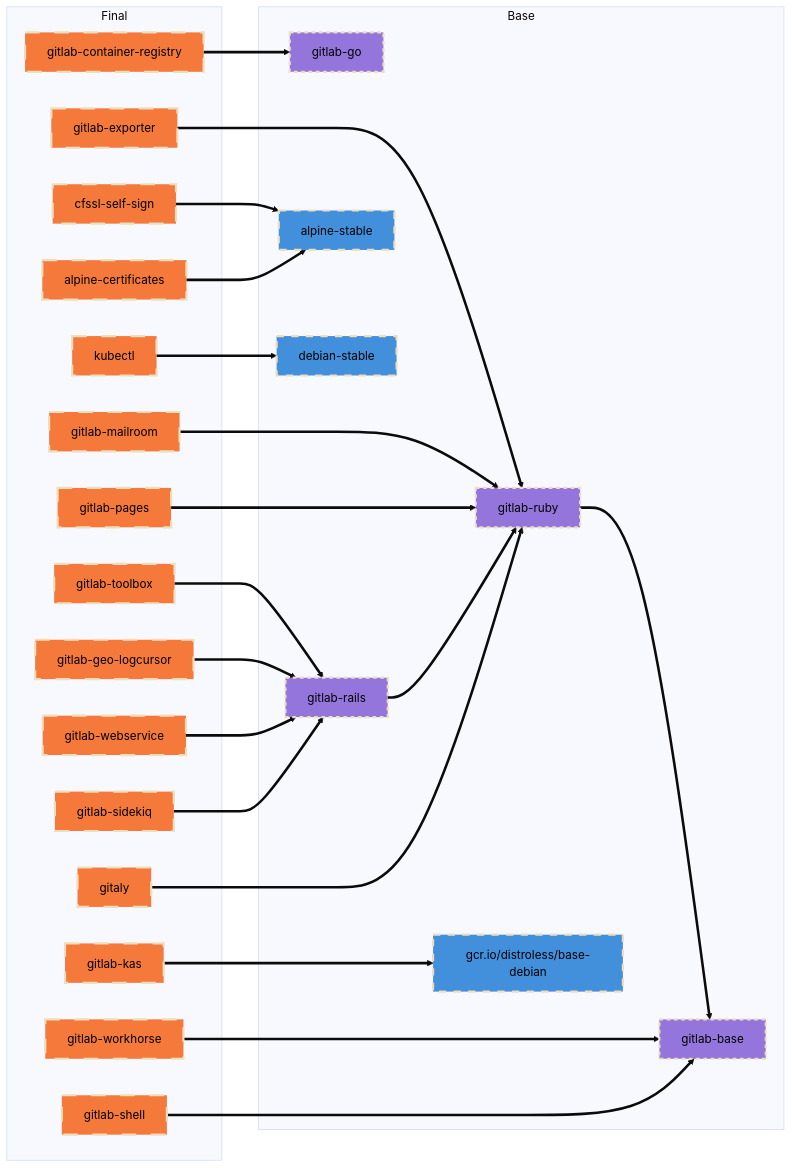
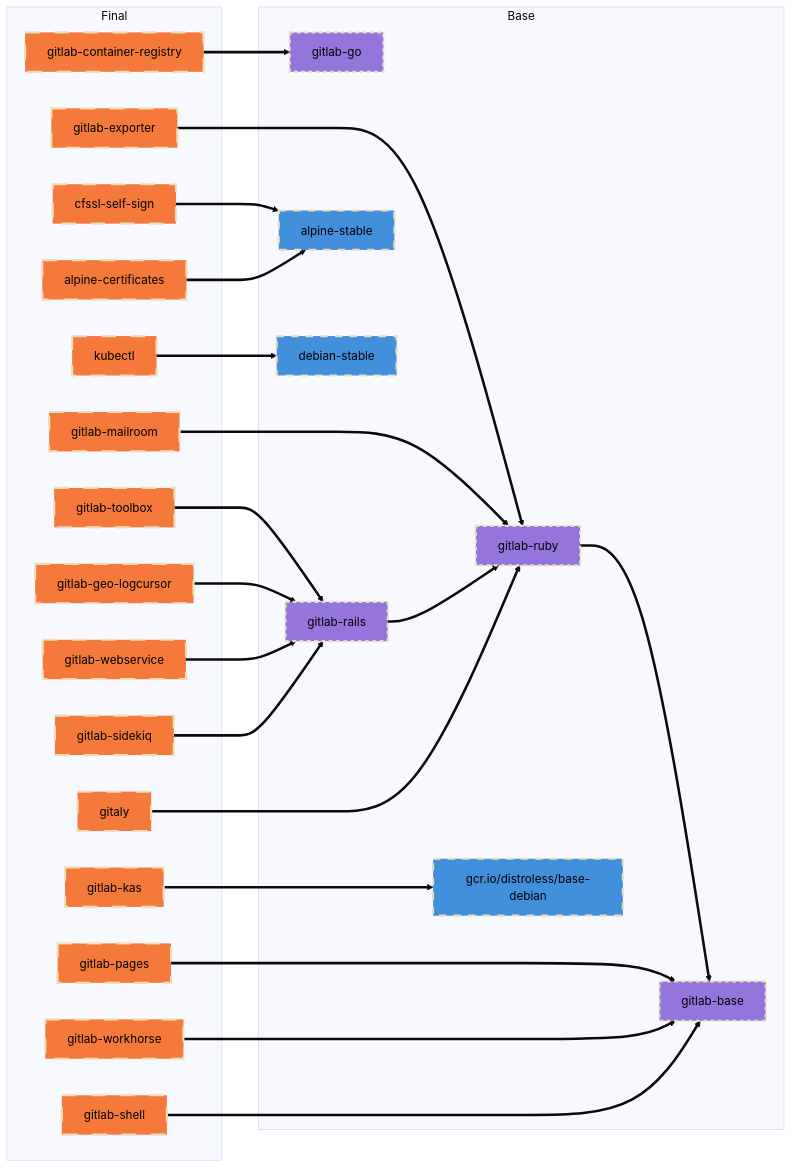
The first of 2 diagrams in docs/build.md (tachyons/gitlab-pages), drawn with Mermaid (base theme) before and after one commit. The commit also changed other lines of this file and 7 other files, not shown here.

Commit message:
GitLab Pages: move to gitlab-base

````diff
--- a/docs/build.md
+++ b/docs/build.md
@@ -375,56 +375,56 @@
 ```mermaid
 graph LR;
   subgraph Final
     gitlab-toolbox:::final
     gitlab-webservice:::final
     gitlab-workhorse:::final
     gitlab-sidekiq:::final
     gitlab-geo-logcursor:::final
     gitlab-exporter:::final
     gitlab-mailroom:::final
     gitlab-shell:::final
     gitlab-pages:::final
     gitaly:::final
     gitlab-kas:::final
     kubectl:::final
     gitlab-container-registry:::final
     alpine-certificates:::final
     cfssl-self-sign:::final
   end
 
   subgraph Base
     gitlab-base
     gitlab-go
     gitlab-ruby==>gitlab-base;
     gitlab-rails
     alpine-stable:::external;
     debian-stable:::external;
     gcr.io/distroless/base-debian:::external;
   end
 
   kubectl==>debian-stable;
   cfssl-self-sign==>alpine-stable;
   alpine-certificates==>alpine-stable;
 
   gitlab-toolbox==>gitlab-rails;
   gitlab-geo-logcursor==>gitlab-rails;
   gitlab-webservice==>gitlab-rails;
   gitlab-sidekiq==>gitlab-rails;
 
   gitlab-exporter==>gitlab-ruby;
   gitlab-mailroom===>gitlab-ruby;
-  gitlab-pages===>gitlab-ruby
+  gitlab-pages===>gitlab-base;
   gitlab-rails==>gitlab-ruby;
   gitlab-workhorse==>gitlab-base
   gitaly===>gitlab-ruby;
 
   gitlab-shell===>gitlab-base;
 
   gitlab-container-registry==>gitlab-go
 
   gitlab-kas===>gcr.io/distroless/base-debian;
 
   classDef default color:#000000, fill:#9475db, stroke-width:3, stroke-dasharray:5 5;
   classDef external color:#000000, fill:#428fdc,stroke-width:3, stroke-dasharray:10 10;
   classDef final color:#000000, fill:#f5793a,stroke-width:3, stroke-dasharray:20 20;
 ```
````
